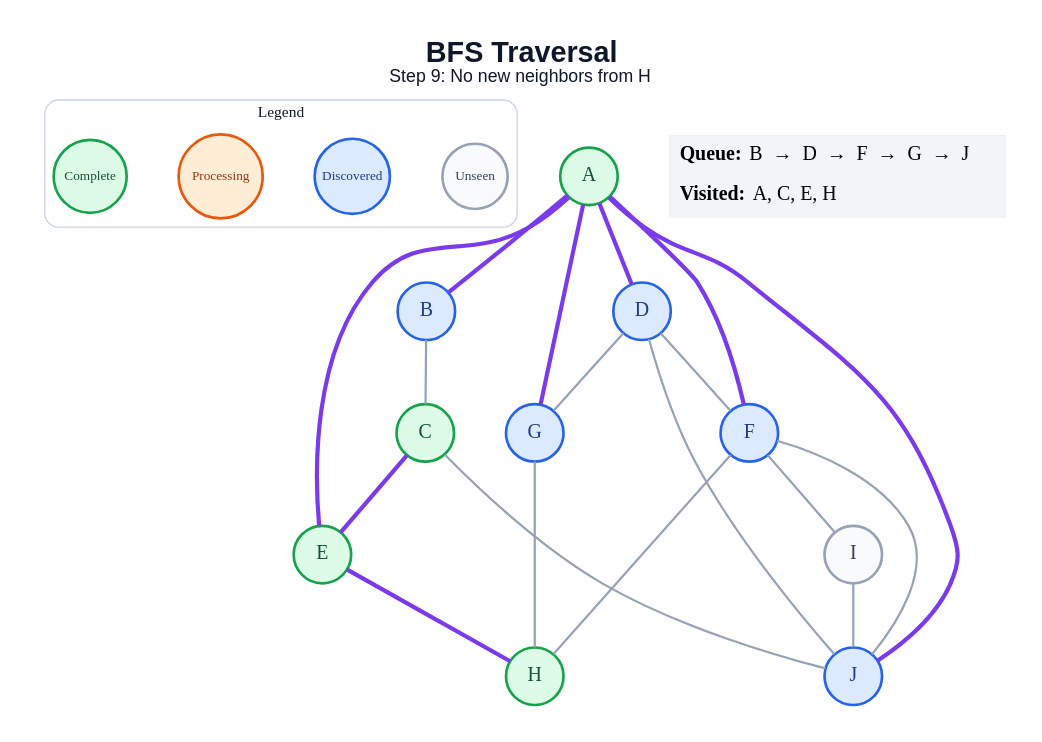
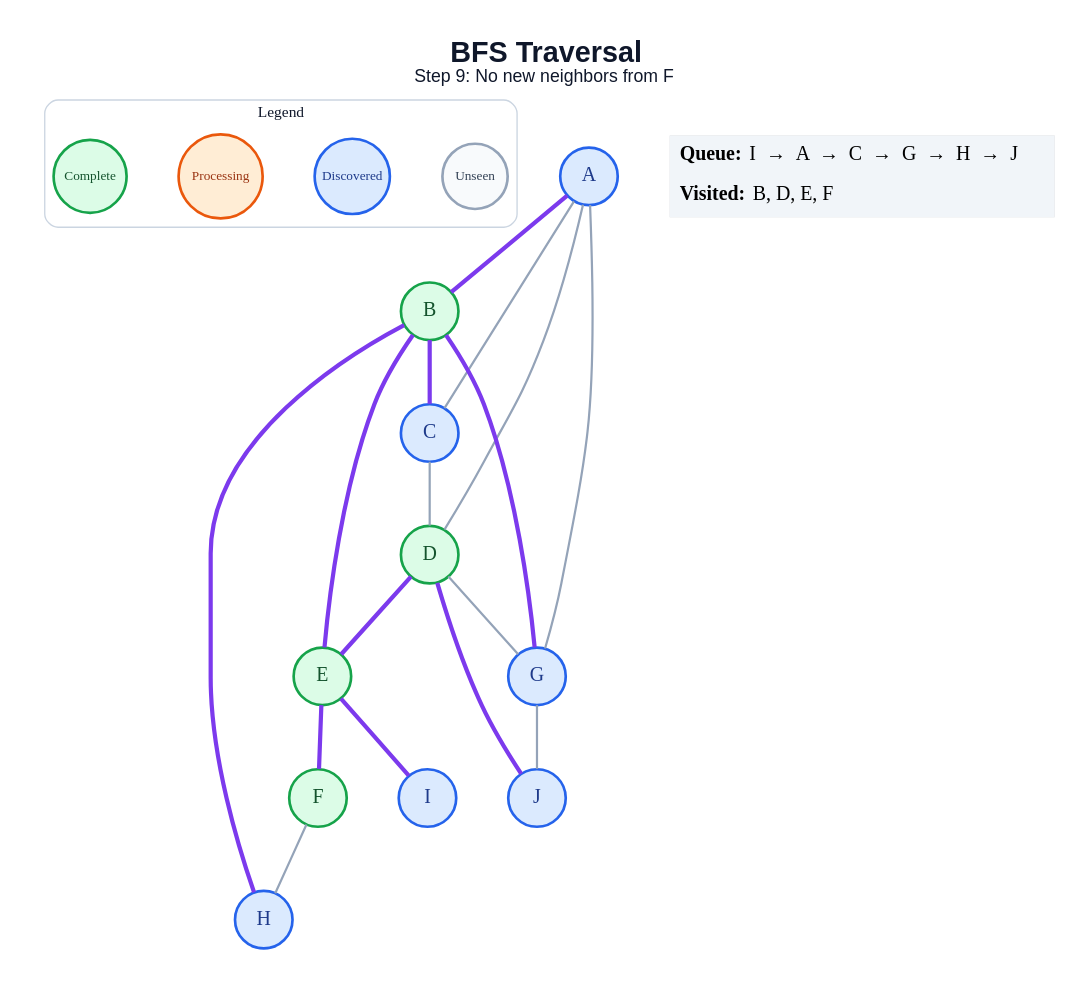
One commit to amanghodawala9/ai-slop changed the diagram in generated/specific-node/bfs/step_09.dot. Above: the diagram before and after it, drawn with Graphviz. The commit also changed 178 other files, not shown here.

```diff
--- a/generated/specific-node/bfs/step_09.dot
+++ b/generated/specific-node/bfs/step_09.dot
@@ -1,47 +1,45 @@
 graph traversal {
   graph [layout=dot, rankdir=TB, bgcolor="#FFFFFF", pad="0.35", nodesep="0.65", ranksep="0.8", fontname="Arial"];
   node [shape=circle, style="filled", fontname="Arial Bold", fontsize=18, width=0.72, fixedsize=true, penwidth=2.4];
   edge [color="#94A3B8", penwidth=2.0];
-  label=<<B>BFS Traversal</B><BR/><FONT POINT-SIZE="16">Step 9: No new neighbors from H</FONT>>; labelloc="t"; fontsize=26; fontname="Arial"; fontcolor="#0F172A";
+  label=<<B>BFS Traversal</B><BR/><FONT POINT-SIZE="16">Step 9: No new neighbors from F</FONT>>; labelloc="t"; fontsize=26; fontname="Arial"; fontcolor="#0F172A";
   subgraph cluster_legend { label="Legend"; color="#CBD5E1"; penwidth=1.2; style="rounded"; fontsize=14; fontname="Arial Bold";
     key_unseen [label="Unseen", fillcolor="#F8FAFC", color="#94A3B8", fontcolor="#334155", fontsize=12, width=0.82];
     key_frontier [label="Discovered", fillcolor="#DBEAFE", color="#2563EB", fontcolor="#1E3A8A", fontsize=12, width=0.95];
     key_current [label="Processing", fillcolor="#FFEDD5", color="#EA580C", fontcolor="#9A3412", fontsize=12, width=1.05];
     key_done [label="Complete", fillcolor="#DCFCE7", color="#16A34A", fontcolor="#14532D", fontsize=12, width=0.92];
     { rank=same; key_unseen; key_frontier; key_current; key_done; }
   }
-  A [fillcolor="#DCFCE7", color="#16A34A", fontcolor="#14532D"];
-  B [fillcolor="#DBEAFE", color="#2563EB", fontcolor="#1E3A8A"];
-  C [fillcolor="#DCFCE7", color="#16A34A", fontcolor="#14532D"];
-  D [fillcolor="#DBEAFE", color="#2563EB", fontcolor="#1E3A8A"];
+  A [fillcolor="#DBEAFE", color="#2563EB", fontcolor="#1E3A8A"];
+  B [fillcolor="#DCFCE7", color="#16A34A", fontcolor="#14532D"];
+  C [fillcolor="#DBEAFE", color="#2563EB", fontcolor="#1E3A8A"];
+  D [fillcolor="#DCFCE7", color="#16A34A", fontcolor="#14532D"];
   E [fillcolor="#DCFCE7", color="#16A34A", fontcolor="#14532D"];
-  F [fillcolor="#DBEAFE", color="#2563EB", fontcolor="#1E3A8A"];
+  F [fillcolor="#DCFCE7", color="#16A34A", fontcolor="#14532D"];
   G [fillcolor="#DBEAFE", color="#2563EB", fontcolor="#1E3A8A"];
-  H [fillcolor="#DCFCE7", color="#16A34A", fontcolor="#14532D"];
-  I [fillcolor="#F8FAFC", color="#94A3B8", fontcolor="#334155"];
+  H [fillcolor="#DBEAFE", color="#2563EB", fontcolor="#1E3A8A"];
+  I [fillcolor="#DBEAFE", color="#2563EB", fontcolor="#1E3A8A"];
   J [fillcolor="#DBEAFE", color="#2563EB", fontcolor="#1E3A8A"];
   A -- B [color="#7C3AED", penwidth=3.8];
-  A -- D [color="#7C3AED", penwidth=3.8];
-  A -- E [color="#7C3AED", penwidth=3.8];
-  A -- F [color="#7C3AED", penwidth=3.8];
-  A -- G [color="#7C3AED", penwidth=3.8];
-  A -- J [color="#7C3AED", penwidth=3.8];
-  B -- C;
-  C -- E [color="#7C3AED", penwidth=3.8];
-  C -- J;
-  D -- F;
+  A -- C;
+  A -- D;
+  A -- G;
+  B -- C [color="#7C3AED", penwidth=3.8];
+  B -- E [color="#7C3AED", penwidth=3.8];
+  B -- G [color="#7C3AED", penwidth=3.8];
+  B -- H [color="#7C3AED", penwidth=3.8];
+  C -- D;
+  D -- E [color="#7C3AED", penwidth=3.8];
   D -- G;
-  D -- J;
-  E -- H [color="#7C3AED", penwidth=3.8];
+  D -- J [color="#7C3AED", penwidth=3.8];
+  E -- F [color="#7C3AED", penwidth=3.8];
+  E -- I [color="#7C3AED", penwidth=3.8];
   F -- H;
-  F -- I;
-  F -- J;
-  G -- H;
-  I -- J;
+  G -- J;
   status [shape=plain, fixedsize=false, width=0, height=0, margin=0, label=<
     <TABLE BORDER="0" CELLBORDER="0" CELLPADDING="7" BGCOLOR="#F1F5F9">
-      <TR><TD ALIGN="LEFT"><B>Queue:</B> B  →  D  →  F  →  G  →  J</TD></TR>
-      <TR><TD ALIGN="LEFT"><B>Visited:</B> A, C, E, H</TD></TR>
+      <TR><TD ALIGN="LEFT"><B>Queue:</B> I  →  A  →  C  →  G  →  H  →  J</TD></TR>
+      <TR><TD ALIGN="LEFT"><B>Visited:</B> B, D, E, F</TD></TR>
     </TABLE>
   >];
 }
```
